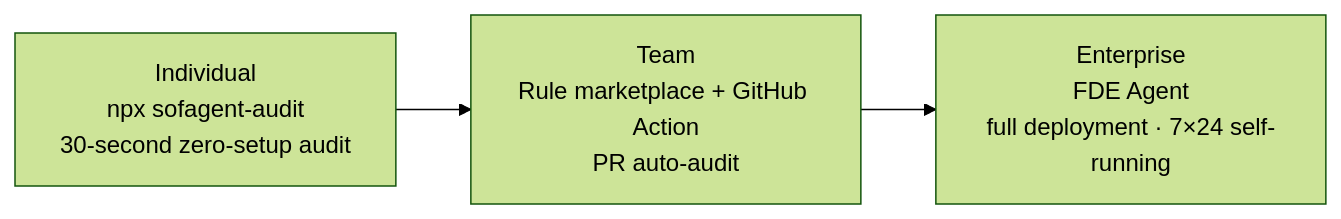
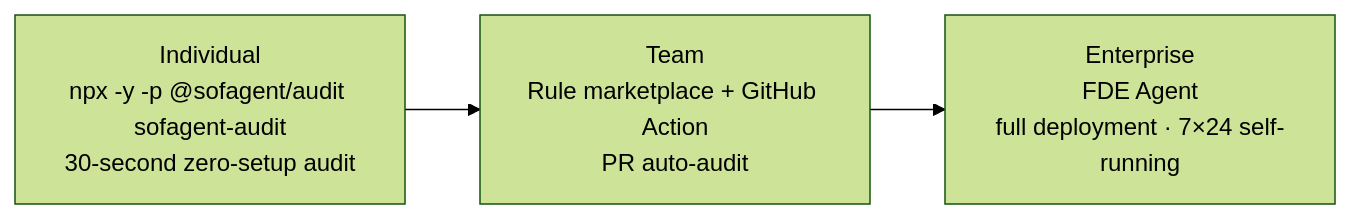
One commit to KongFangXun/sofagent changed the second of 2 diagrams in README.en.md. Above: the diagram before and after it, drawn with Mermaid (forest theme). The commit also changed other lines of this file and 31 other files, not shown here.

````diff
--- a/README.en.md
+++ b/README.en.md
@@ -109,5 +113,5 @@
 ```mermaid
 graph LR
-    A["Individual<br/>npx sofagent-audit<br/>30-second zero-setup audit"] --> B["Team<br/>Rule marketplace + GitHub Action<br/>PR auto-audit"]
+    A["Individual<br/>npx -y -p @sofagent/audit sofagent-audit<br/>30-second zero-setup audit"] --> B["Team<br/>Rule marketplace + GitHub Action<br/>PR auto-audit"]
     B --> C["Enterprise<br/>FDE Agent<br/>full deployment · 7×24 self-running"]
 ```
````
